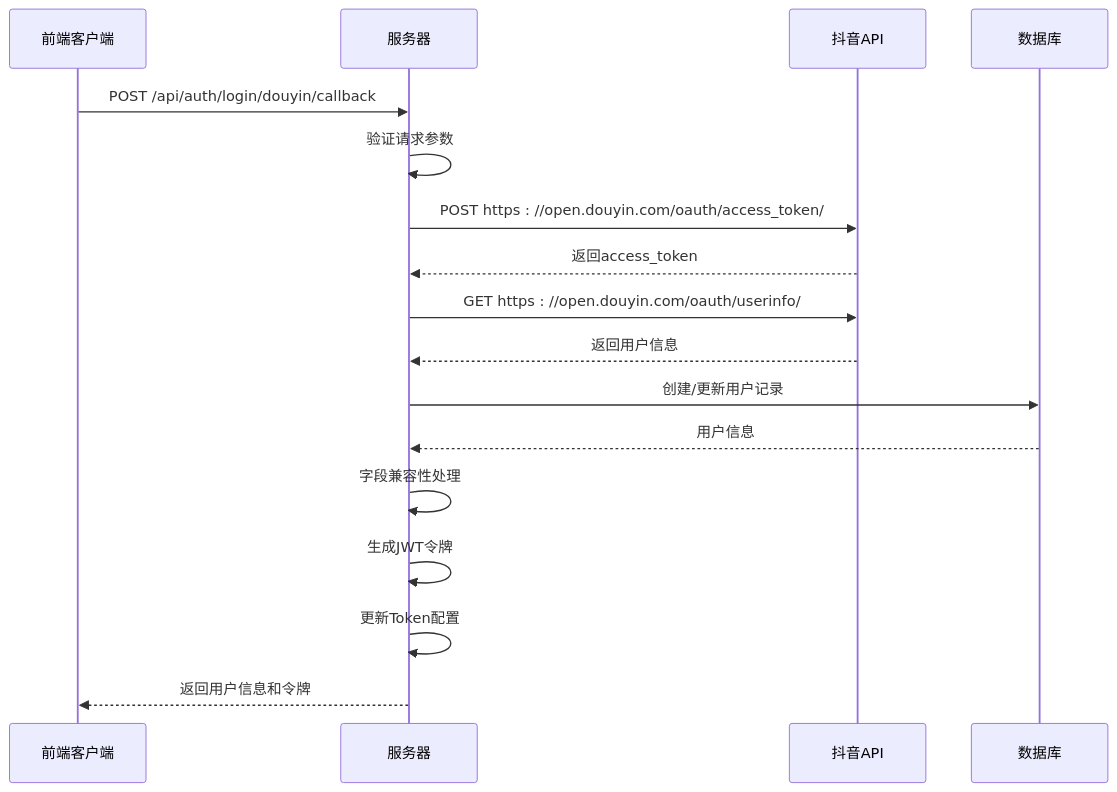
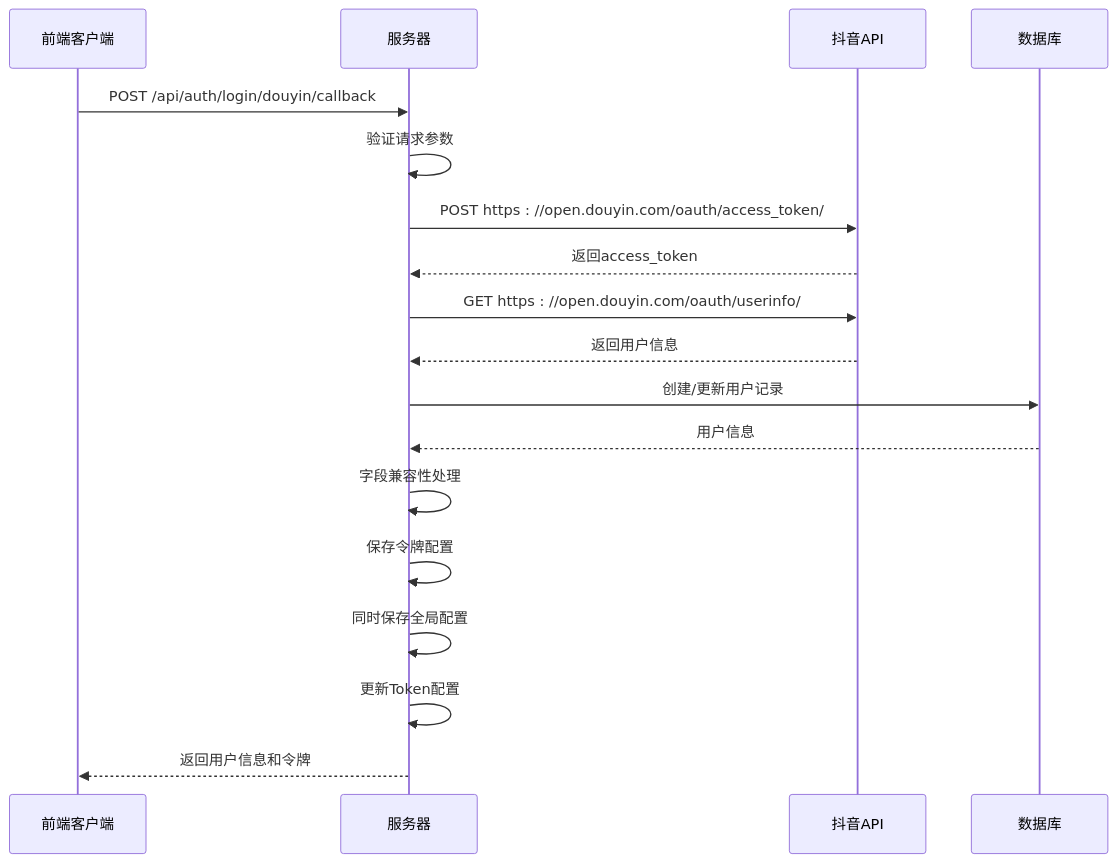
The eighth of 15 diagrams in .qoder/repowiki/zh/content/核心模块详解/认证模块/抖音OAuth集成.md (songdiyang/clawOperations), drawn with Mermaid before and after one commit. The commit also changed other lines of this file and 6 other files, not shown here.

````diff
--- a/.qoder/repowiki/zh/content/核心模块详解/认证模块/抖音OAuth集成.md
+++ b/.qoder/repowiki/zh/content/核心模块详解/认证模块/抖音OAuth集成.md
@@ -426,19 +466,20 @@
 ```mermaid
 sequenceDiagram
 participant Client as 前端客户端
 participant Server as 服务器
 participant Douyin as 抖音API
 participant DB as 数据库
 Client->>Server : POST /api/auth/login/douyin/callback
 Server->>Server : 验证请求参数
 Server->>Douyin : POST https : //open.douyin.com/oauth/access_token/
 Douyin-->>Server : 返回access_token
 Server->>Douyin : GET https : //open.douyin.com/oauth/userinfo/
 Douyin-->>Server : 返回用户信息
 Server->>DB : 创建/更新用户记录
 DB-->>Server : 用户信息
 Server->>Server : 字段兼容性处理
-Server->>Server : 生成JWT令牌
+Server->>Server : 保存令牌配置
+Server->>Server : 同时保存全局配置
 Server->>Server : 更新Token配置
 Server-->>Client : 返回用户信息和令牌
 ```
````
